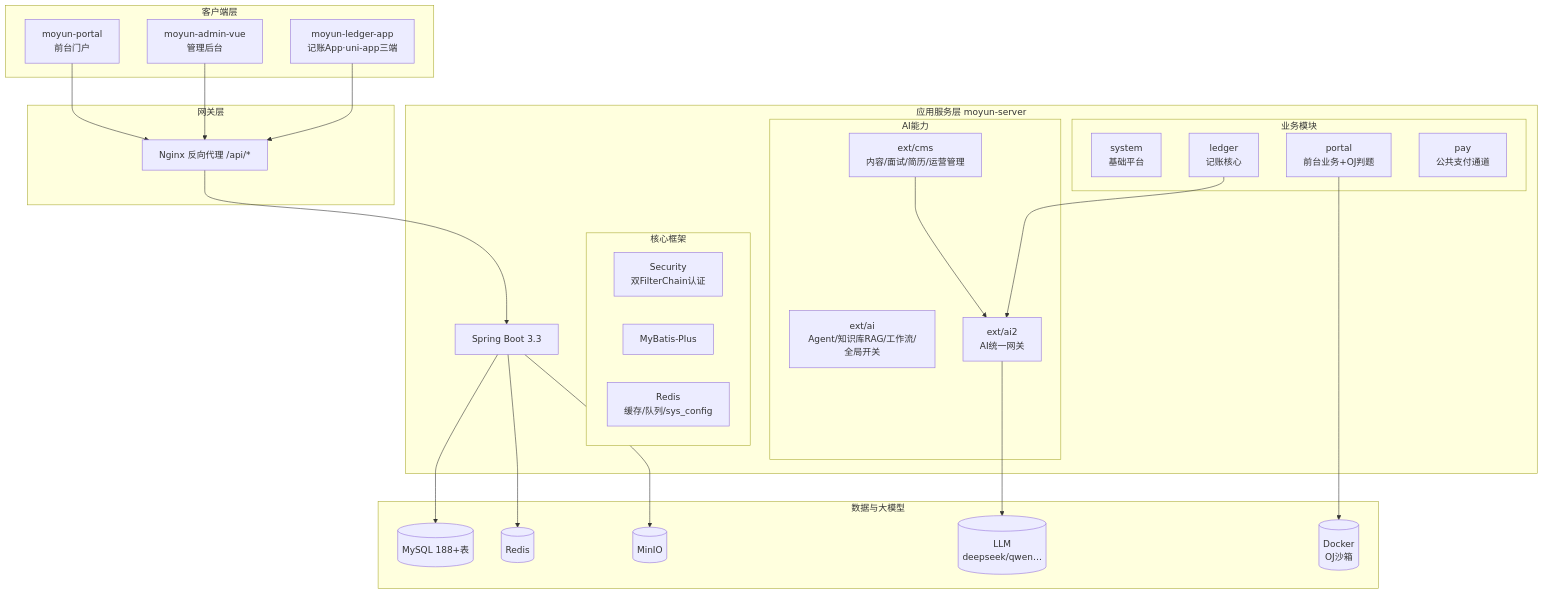
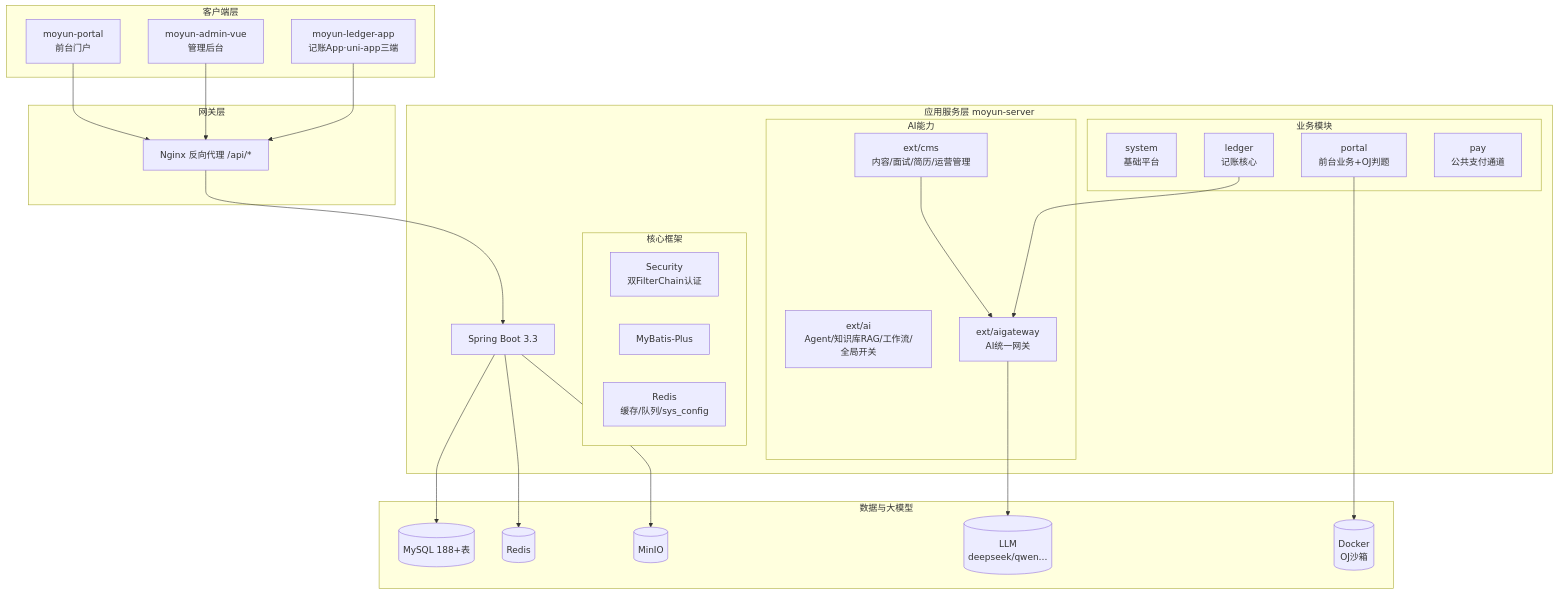
The first of 3 diagrams in docs/01-架构设计/技术架构.md (zyg-allen/moyun-project-document), drawn with Mermaid before and after one commit. The commit also changed other lines of this file and 187 other files, not shown here.

````diff
--- a/docs/01-架构设计/技术架构.md
+++ b/docs/01-架构设计/技术架构.md
@@ -40,52 +40,52 @@
 ```mermaid
 graph TD
     subgraph 客户端层
         A[moyun-portal\n前台门户]
         B[moyun-admin-vue\n管理后台]
         L[moyun-ledger-app\n记账App·uni-app三端]
     end
 
     subgraph 网关层
         C[Nginx 反向代理 /api/*]
     end
 
     subgraph 应用服务层 moyun-server
         D[Spring Boot 3.3]
         subgraph 核心框架
             J[Security\n双FilterChain认证]
             K[MyBatis-Plus]
             R[Redis\n缓存/队列/sys_config]
         end
         subgraph 业务模块
             E[system\n基础平台]
             F[portal\n前台业务+OJ判题]
             G[ledger\n记账核心]
             P[pay\n公共支付通道]
         end
         subgraph AI能力
             H[ext/ai\nAgent/知识库RAG/工作流/全局开关]
-            I[ext/ai2\nAI统一网关]
+            I[ext/aigateway\nAI统一网关]
             M[ext/cms\n内容/面试/简历/运营管理]
         end
     end
 
     subgraph 数据与大模型
         N[(MySQL 188+表)]
         O[(Redis)]
         Q[(MinIO)]
         S[(LLM\ndeepseek/qwen…)]
         T[(Docker\nOJ沙箱)]
     end
 
     A --> C
     B --> C
     L --> C
     C --> D
     M --> I
     G --> I
     I --> S
     D --> N
     D --> O
     D --> Q
     F --> T
 ```
````
